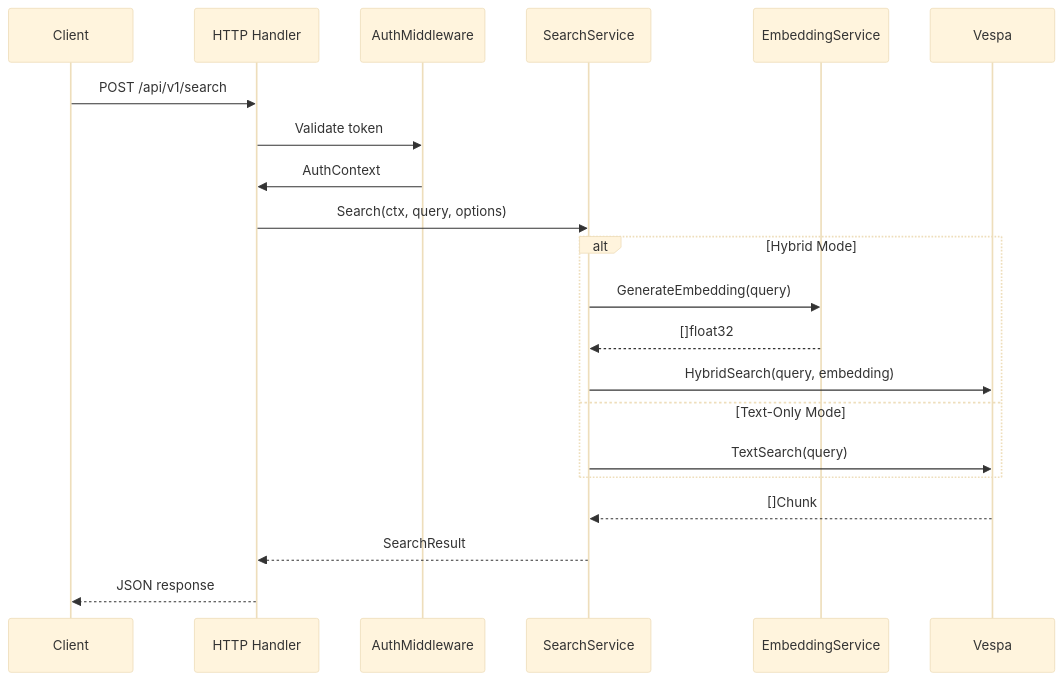
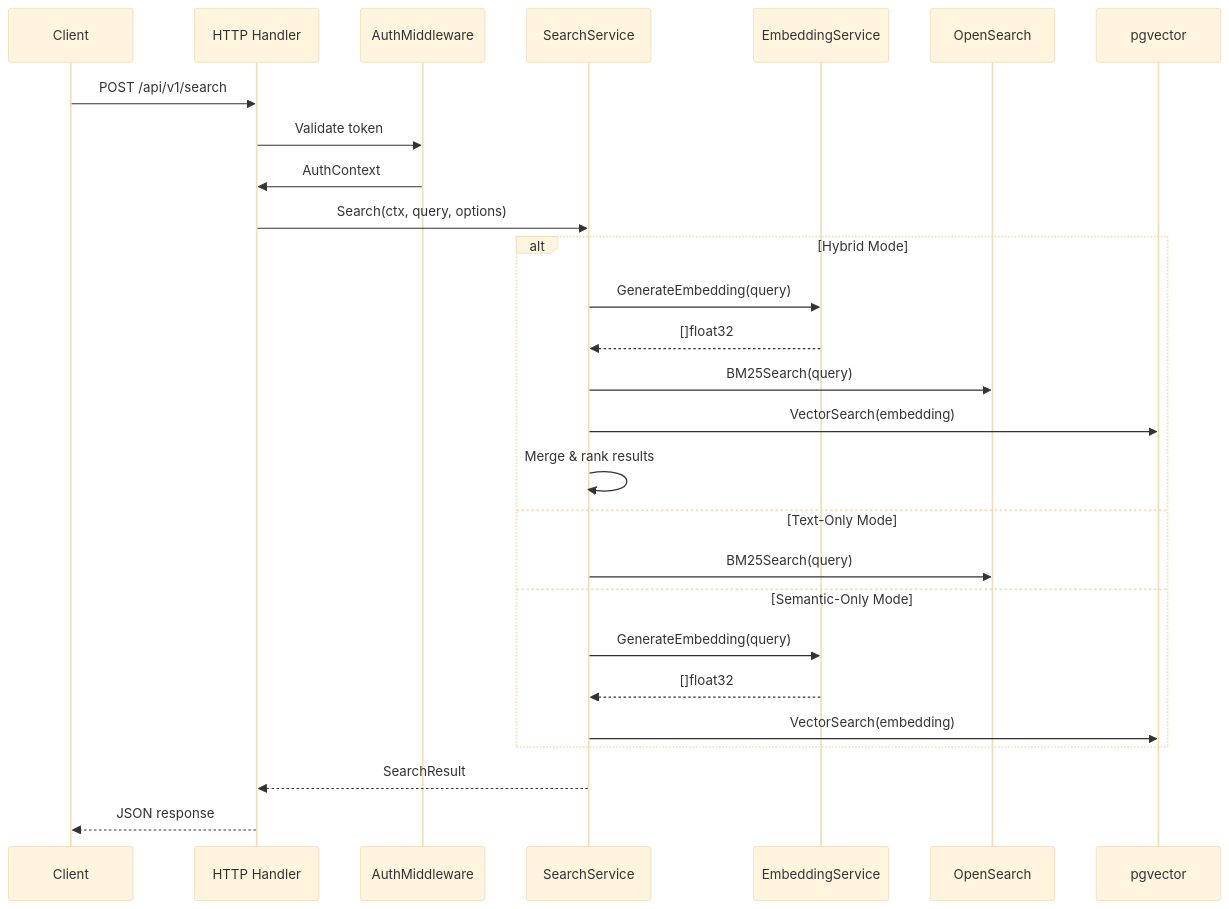
The first of 3 diagrams in docs/core/architecture/data-flow.md (gurusheydeo/sercha-oss-docs), drawn with Mermaid (base theme) before and after one commit. The commit also changed other lines of this file and 45 other files, not shown here.

First line of the commit message:
docs: migrate documentation from Vespa to OpenSearch/pgvector

````diff
--- a/docs/core/architecture/data-flow.md
+++ b/docs/core/architecture/data-flow.md
@@ -16,26 +16,32 @@
 ```mermaid
 sequenceDiagram
     participant Client
     participant HTTP as HTTP Handler
     participant Auth as AuthMiddleware
     participant Search as SearchService
     participant Embed as EmbeddingService
-    participant Vespa as Vespa
+    participant OS as OpenSearch
+    participant PGV as pgvector
 
     Client->>HTTP: POST /api/v1/search
     HTTP->>Auth: Validate token
     Auth->>HTTP: AuthContext
     HTTP->>Search: Search(ctx, query, options)
 
     alt Hybrid Mode
         Search->>Embed: GenerateEmbedding(query)
         Embed-->>Search: []float32
-        Search->>Vespa: HybridSearch(query, embedding)
+        Search->>OS: BM25Search(query)
+        Search->>PGV: VectorSearch(embedding)
+        Search->>Search: Merge & rank results
     else Text-Only Mode
-        Search->>Vespa: TextSearch(query)
+        Search->>OS: BM25Search(query)
+    else Semantic-Only Mode
+        Search->>Embed: GenerateEmbedding(query)
+        Embed-->>Search: []float32
+        Search->>PGV: VectorSearch(embedding)
     end
 
-    Vespa-->>Search: []Chunk
     Search-->>HTTP: SearchResult
     HTTP-->>Client: JSON response
 ```
````
